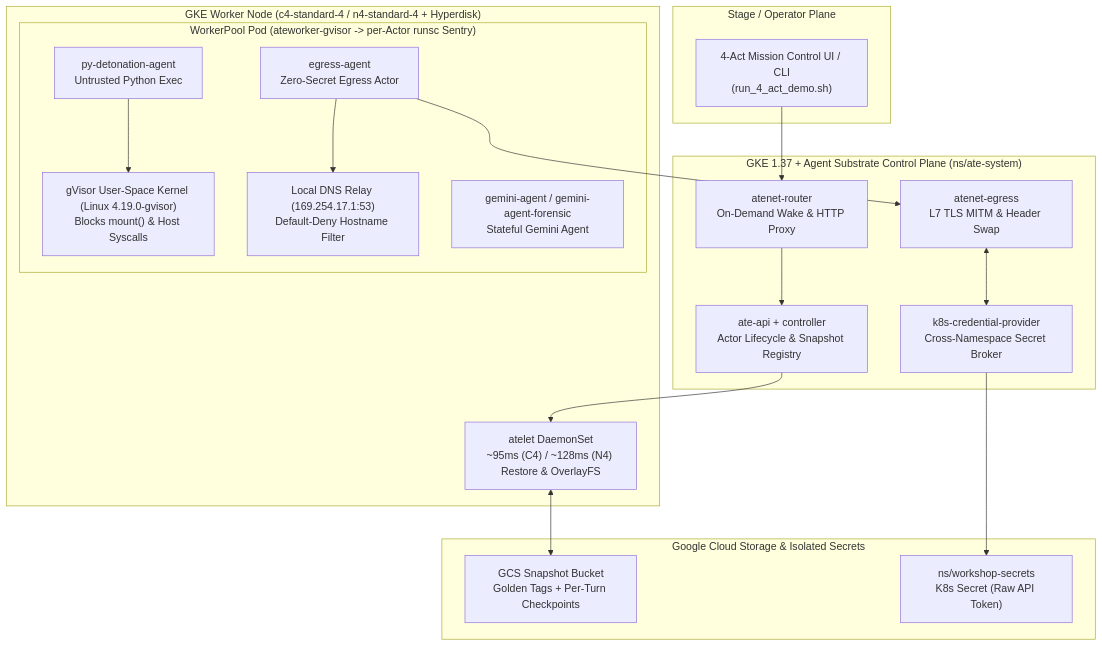
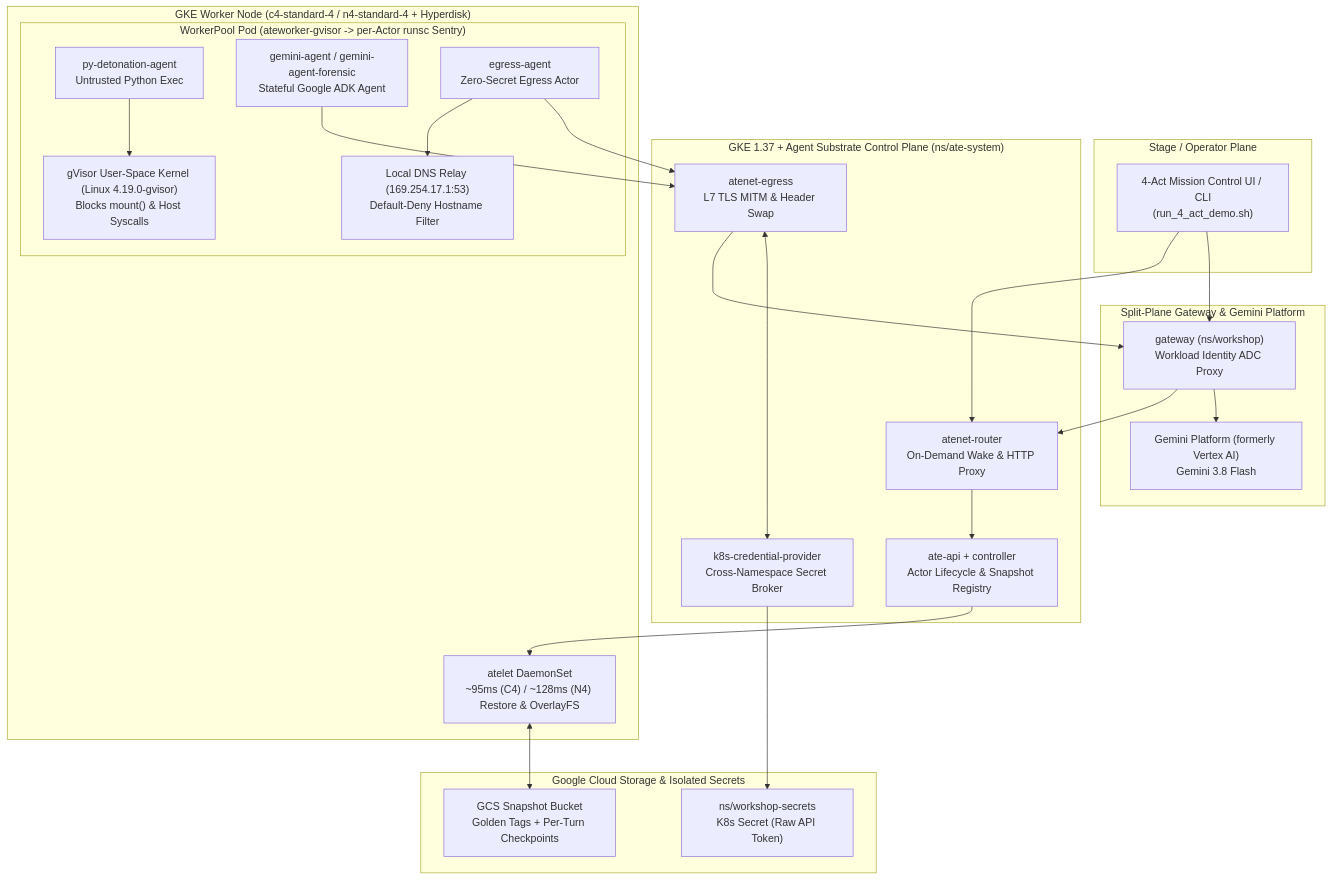
One commit to GoogleCloudPlatform/accelerated-platforms changed the diagram in docs/platforms/gke/base/use-cases/agent-substrate-security-demo/README.md. Above: the diagram before and after it, drawn with Mermaid. The commit also changed other lines of this file and 15 other files, not shown here.

Commit message:
feat(agent-substrate-security-demo): adopt Google ADK (google-adk) with immutable Artifact Registry builds

````diff
--- a/docs/platforms/gke/base/use-cases/agent-substrate-security-demo/README.md
+++ b/docs/platforms/gke/base/use-cases/agent-substrate-security-demo/README.md
@@ -31,39 +33,49 @@
 ```mermaid
 flowchart TB
   subgraph Client["Stage / Operator Plane"]
     UI["4-Act Mission Control UI / CLI<br/>(run_4_act_demo.sh)"]
   end
 
   subgraph ControlPlane["GKE 1.37 + Agent Substrate Control Plane (ns/ate-system)"]
     Router["atenet-router<br/>On-Demand Wake & HTTP Proxy"]
     API["ate-api + controller<br/>Actor Lifecycle & Snapshot Registry"]
     CredProv["k8s-credential-provider<br/>Cross-Namespace Secret Broker"]
     Egress["atenet-egress<br/>L7 TLS MITM & Header Swap"]
   end
 
   subgraph WorkerNode["GKE Worker Node (c4-standard-4 / n4-standard-4 + Hyperdisk)"]
     Atelet["atelet DaemonSet<br/>~95ms (C4) / ~128ms (N4) Restore & OverlayFS"]
     subgraph WorkerPod["WorkerPool Pod (ateworker-gvisor -> per-Actor runsc Sentry)"]
       Sentry["gVisor User-Space Kernel (Linux 4.19.0-gvisor)<br/>Blocks mount() & Host Syscalls"]
       DNSRelay["Local DNS Relay (169.254.17.1:53)<br/>Default-Deny Hostname Filter"]
       PyActor["py-detonation-agent<br/>Untrusted Python Exec"]
-      BuddyActor["gemini-agent / gemini-agent-forensic<br/>Stateful Gemini Agent"]
+      BuddyActor["gemini-agent / gemini-agent-forensic<br/>Stateful Google ADK Agent"]
       FetchActor["egress-agent<br/>Zero-Secret Egress Actor"]
     end
+  end
+
+  subgraph GatewayPlane["Split-Plane Gateway & Gemini Platform"]
+    Gateway["gateway (ns/workshop)<br/>Workload Identity ADC Proxy"]
+    GeminiAPI["Gemini Platform (formerly Vertex AI)<br/>Gemini 3.8 Flash"]
   end
 
   subgraph Storage["Google Cloud Storage & Isolated Secrets"]
     GCS["GCS Snapshot Bucket<br/>Golden Tags + Per-Turn Checkpoints"]
     SecretNS["ns/workshop-secrets<br/>K8s Secret (Raw API Token)"]
   end
 
   UI --> Router
+  UI --> Gateway
+  Gateway --> Router
   Router --> API
   API --> Atelet
   Atelet <--> GCS
   PyActor --> Sentry
+  BuddyActor --> Egress
+  Egress --> Gateway
+  Gateway --> GeminiAPI
   FetchActor --> DNSRelay
   FetchActor --> Egress
   CredProv --> SecretNS
   Egress <--> CredProv
 ```
````
